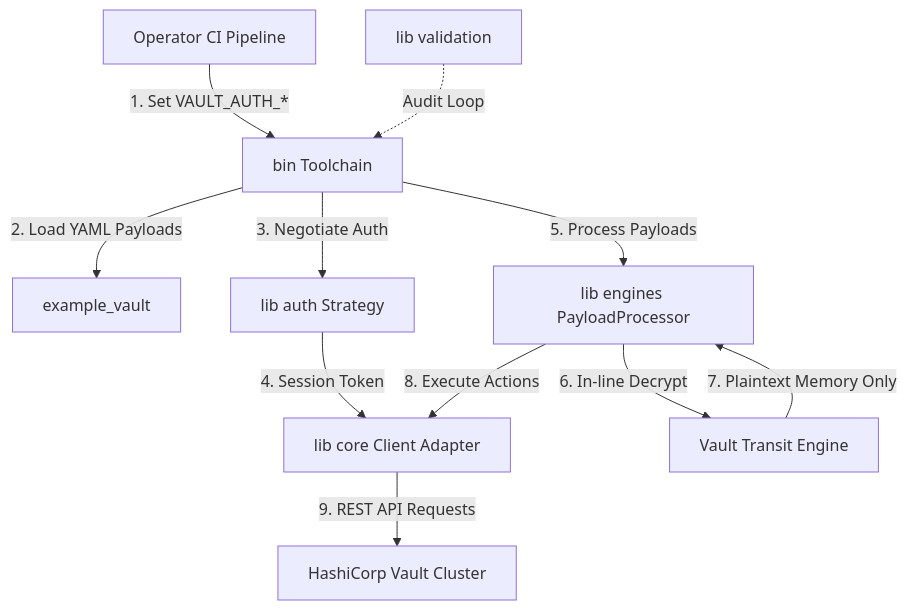
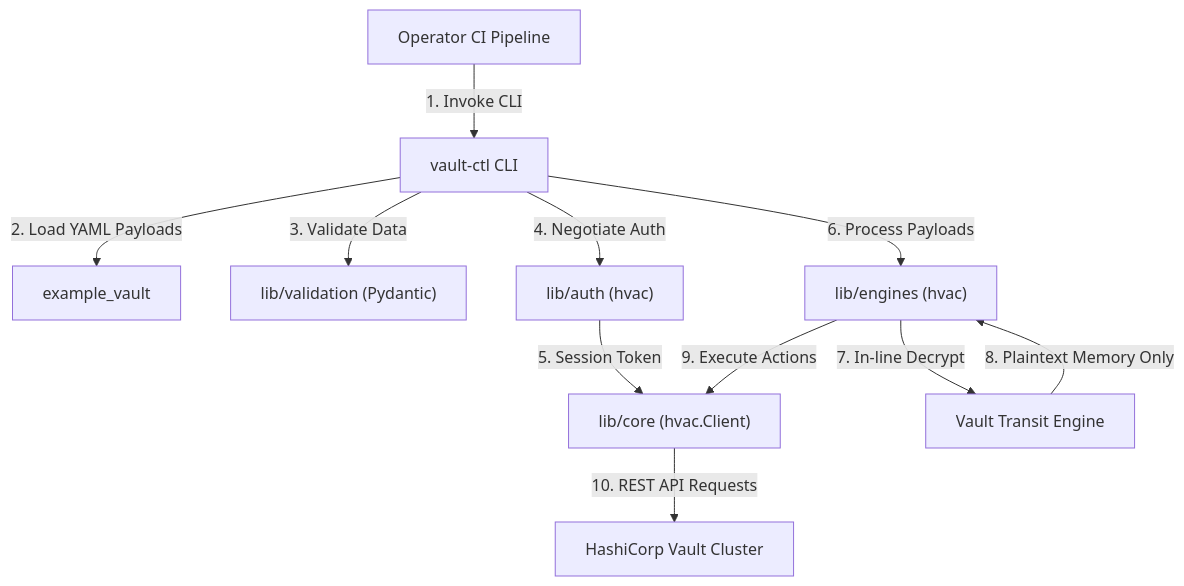
The diagram in README.md (rb1whitney/vault_controller), drawn with Mermaid before and after one commit. The commit also changed other lines of this file and 54 other files, not shown here.

Commit message:
feat(vault): implement declarative hvac controller with transit encryption and shift-left validation

````diff
--- a/README.md
+++ b/README.md
@@ -9,13 +7,13 @@
 ```mermaid
 graph TD
-    User["Operator CI Pipeline"] -- "1. Set VAULT_AUTH_*" --> Scripts["bin Toolchain"]
+    User["Operator CI Pipeline"] -- "1. Invoke CLI" --> Scripts["vault-ctl CLI"]
     Scripts -- "2. Load YAML Payloads" --> YAML["example_vault"]
-    Scripts -- "3. Negotiate Auth" --> Strategy["lib auth Strategy"]
-    Strategy -- "4. Session Token" --> Core["lib core Client Adapter"]
-    Scripts -- "5. Process Payloads" --> Engines["lib engines PayloadProcessor"]
-    Engines -- "6. In-line Decrypt" --> Transit["Vault Transit Engine"]
-    Transit -- "7. Plaintext Memory Only" --> Engines
-    Engines -- "8. Execute Actions" --> Core
-    Core -- "9. REST API Requests" --> Vault["HashiCorp Vault Cluster"]
-    Validation["lib validation"] -. "Audit Loop" .-> Scripts
+    Scripts -- "3. Validate Data" --> Pydantic["lib/validation (Pydantic)"]
+    Scripts -- "4. Negotiate Auth" --> Strategy["lib/auth (hvac)"]
+    Strategy -- "5. Session Token" --> Core["lib/core (hvac.Client)"]
+    Scripts -- "6. Process Payloads" --> Engines["lib/engines (hvac)"]
+    Engines -- "7. In-line Decrypt" --> Transit["Vault Transit Engine"]
+    Transit -- "8. Plaintext Memory Only" --> Engines
+    Engines -- "9. Execute Actions" --> Core
+    Core -- "10. REST API Requests" --> Vault["HashiCorp Vault Cluster"]
 ```
````
